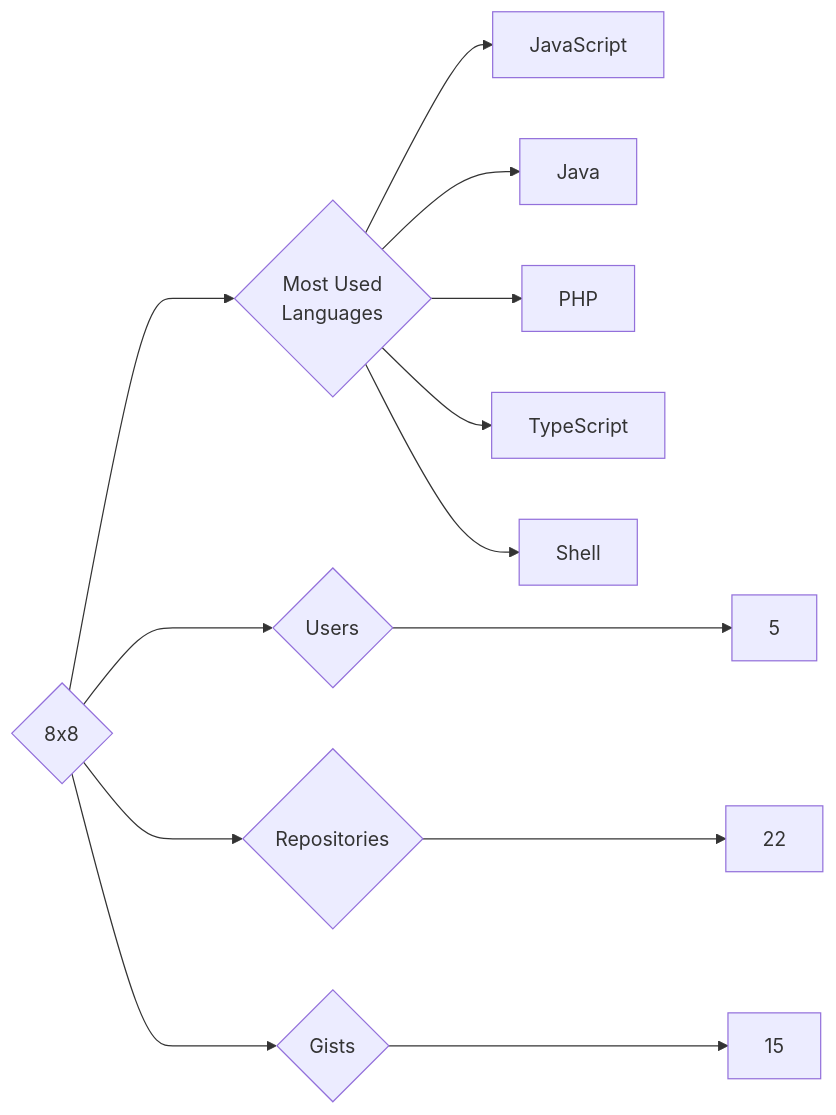
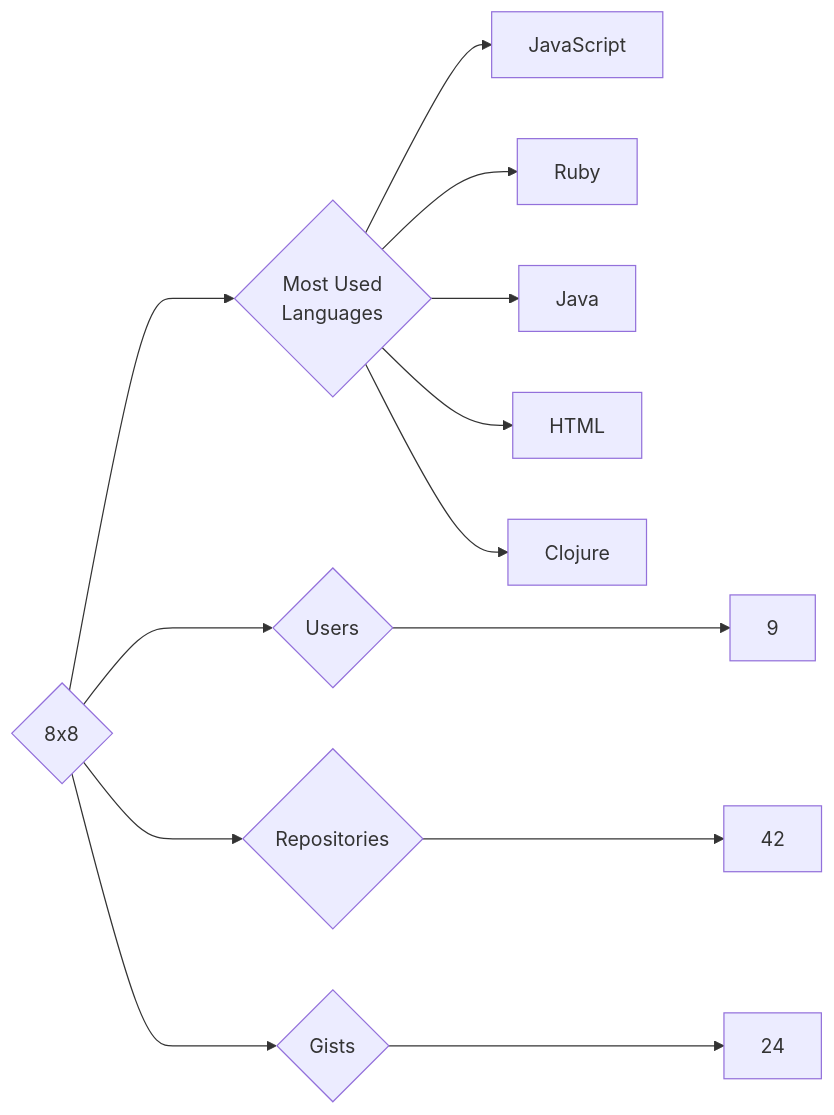
The diagram in targets/8x8/README.md (trickest/insiders), drawn with Mermaid before and after one commit. The commit also changed 611 other files, not shown here.

````diff
--- a/targets/8x8/README.md
+++ b/targets/8x8/README.md
@@ -3,13 +3,13 @@
 ```mermaid
 graph LR
 COMPANY_NAME{8x8}
-COMPANY_NAME ---> U{Users} ---> UN[5]
-COMPANY_NAME ---> R{Repositories} ---> RN[22]
-COMPANY_NAME ---> G{Gists} ---> GN[15]
+COMPANY_NAME ---> U{Users} ---> UN[9]
+COMPANY_NAME ---> R{Repositories} ---> RN[42]
+COMPANY_NAME ---> G{Gists} ---> GN[24]
 COMPANY_NAME ---> ML{Most Used<br>Languages}
 ML --> JavaScript[JavaScript]
+ML --> Ruby[Ruby]
 ML --> Java[Java]
-ML --> PHP[PHP]
-ML --> TypeScript[TypeScript]
-ML --> Shell[Shell]
+ML --> HTML[HTML]
+ML --> Clojure[Clojure]
 ```
````
